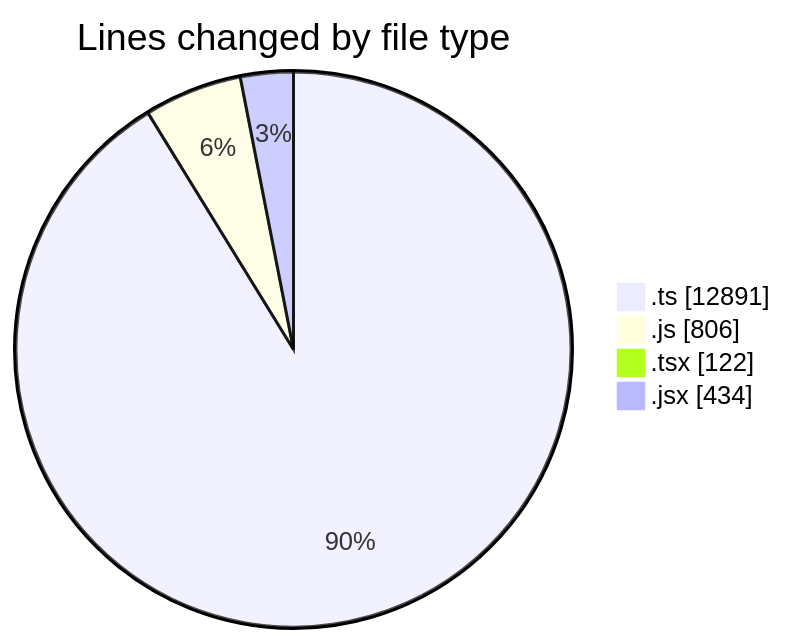
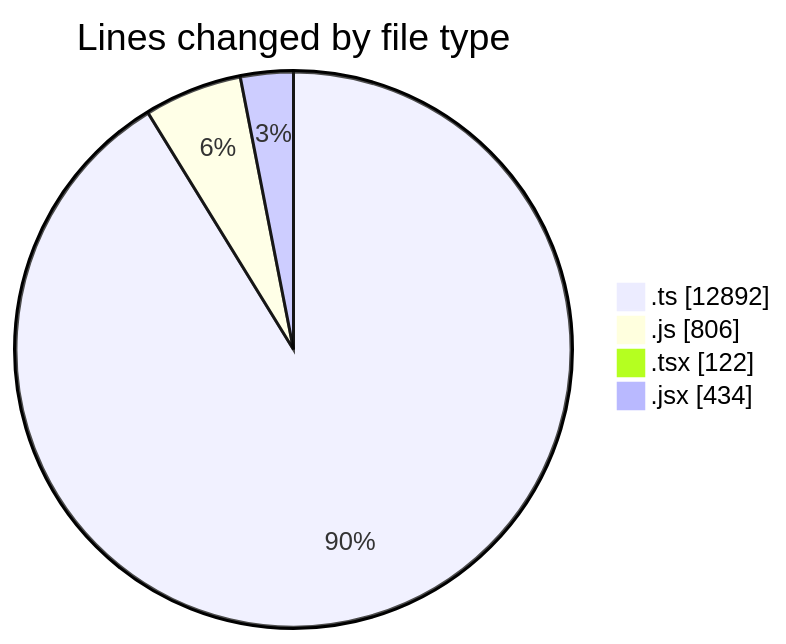
Before and after one commit to momahboobian/code-tracking: the first of 2 diagrams in 2025-11-12/cda/README.md, drawn with Mermaid. The commit also changed other lines of this file and 1 other file, not shown here.

````diff
--- a/2025-11-12/cda/README.md
+++ b/2025-11-12/cda/README.md
@@ -32,8 +32,8 @@
 ```mermaid
 pie showData
 title Lines changed by file type
-".ts" : 12891
+".ts" : 12892
 ".js" : 806
 ".tsx" : 122
 ".jsx" : 434
 ```
````
